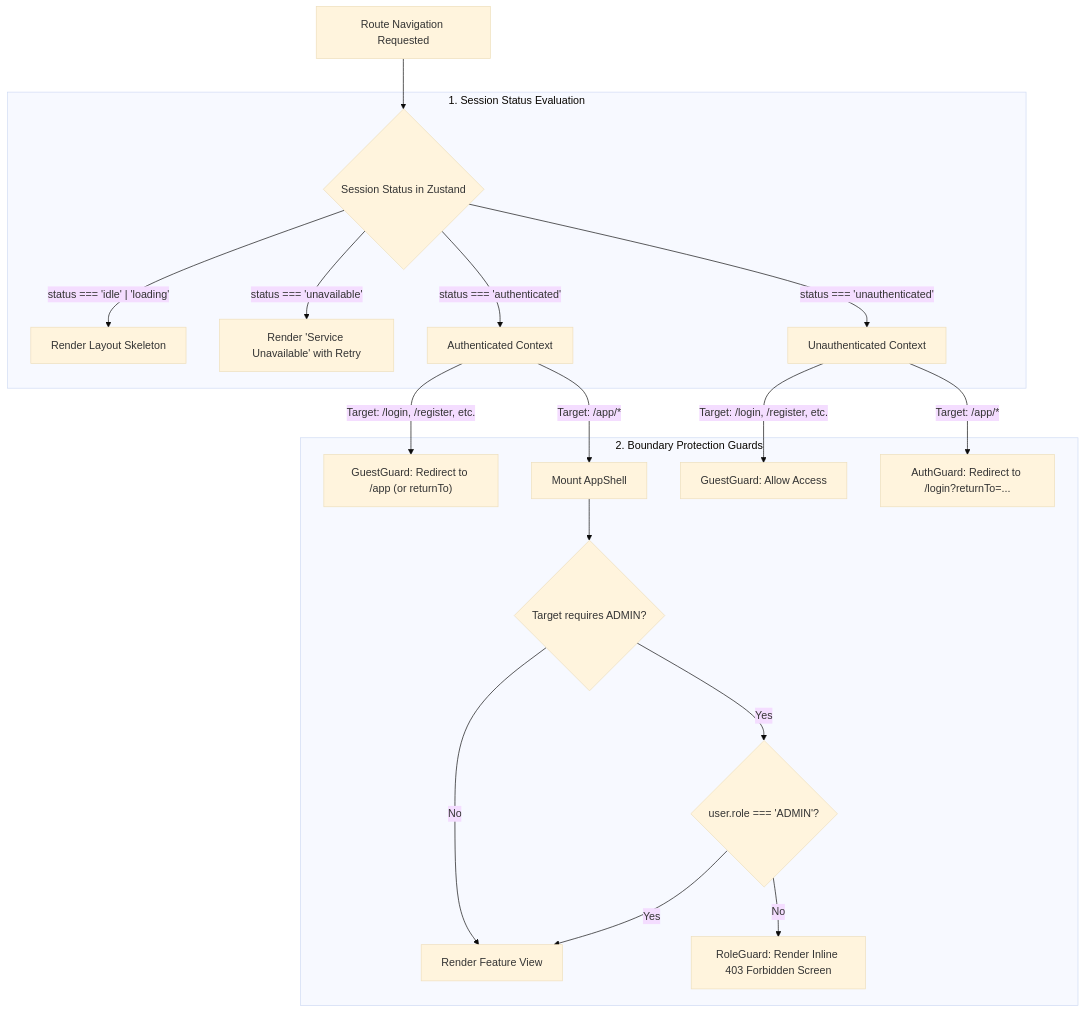
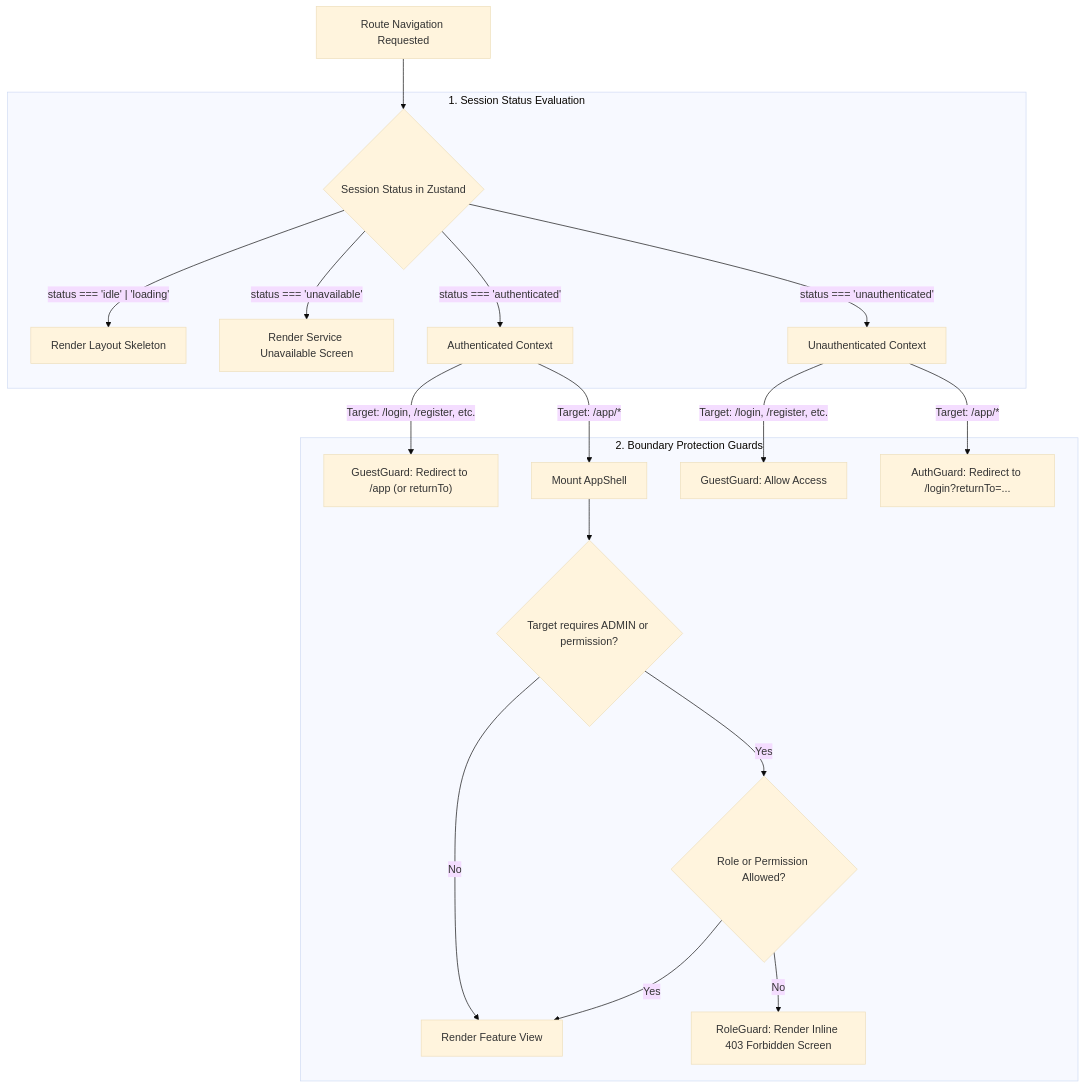
The second of 9 diagrams in docs/FRONTEND_ARCHITECTURE.md (utkarshj014/authsphere), drawn with Mermaid (base theme) before and after one commit. The commit also changed other lines of this file, not shown here.

````diff
--- a/docs/FRONTEND_ARCHITECTURE.md
+++ b/docs/FRONTEND_ARCHITECTURE.md
@@ -135,25 +132,25 @@
 ```mermaid
 flowchart TD
     RouteRequest["Route Navigation Requested"] --> IngressGuard{"Session Status in Zustand"}
-    
+
     subgraph StatusEvaluation ["1. Session Status Evaluation"]
         IngressGuard -->|"status === 'idle' | 'loading'"| Skeleton["Render Layout Skeleton"]
-        IngressGuard -->|"status === 'unavailable'"| OutageScreen["Render 'Service Unavailable' with Retry"]
+        IngressGuard -->|"status === 'unavailable'"| OutageScreen["Render Service Unavailable Screen"]
         IngressGuard -->|"status === 'authenticated'"| AuthEvaluated["Authenticated Context"]
         IngressGuard -->|"status === 'unauthenticated'"| UnauthEvaluated["Unauthenticated Context"]
     end
 
     subgraph RouteGuards ["2. Boundary Protection Guards"]
         UnauthEvaluated -->|"Target: /login, /register, etc."| GuestGuard["GuestGuard: Allow Access"]
         AuthEvaluated -->|"Target: /login, /register, etc."| GuestRedirect["GuestGuard: Redirect to /app (or returnTo)"]
-        
+
         UnauthEvaluated -->|"Target: /app/*"| AuthGuard["AuthGuard: Redirect to /login?returnTo=..."]
         AuthEvaluated -->|"Target: /app/*"| AppShellMount["Mount AppShell"]
-        
-        AppShellMount --> AdminCheck{"Target requires ADMIN?"}
+
+        AppShellMount --> AdminCheck{"Target requires ADMIN or permission?"}
         AdminCheck -->|"No"| RenderPage["Render Feature View"]
-        AdminCheck -->|"Yes"| RoleGuard{"user.role === 'ADMIN'?"}
+        AdminCheck -->|"Yes"| RoleGuard{"Role or Permission Allowed?"}
         RoleGuard -->|"Yes"| RenderPage
         RoleGuard -->|"No"| Inline403["RoleGuard: Render Inline 403 Forbidden Screen"]
     end
 ```
````
